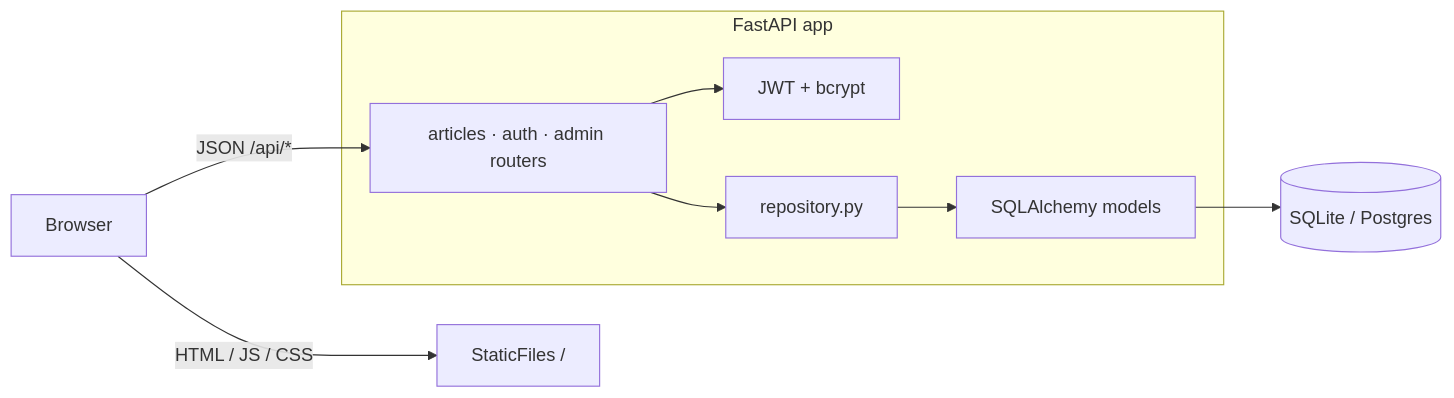
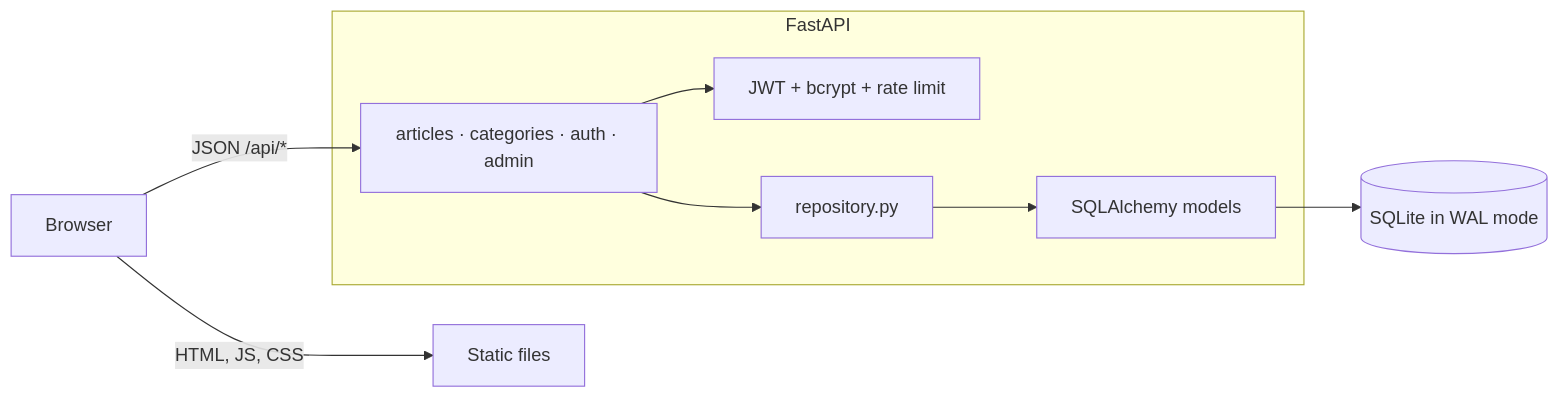
The diagram in README.md (bcpasaoglu/Psikopedi-blog), drawn with Mermaid before and after one commit. The commit also changed other lines of this file and 1 other file, not shown here.

````diff
--- a/README.md
+++ b/README.md
@@ -50,11 +48,11 @@
 ```mermaid
 flowchart LR
-    Browser -- "HTML / JS / CSS" --> Static[StaticFiles /]
+    Browser -- "HTML, JS, CSS" --> Static[Static files]
     Browser -- "JSON /api/*" --> Routers
-    subgraph FastAPI app
-        Routers[articles · auth · admin routers] --> Security[JWT + bcrypt]
+    subgraph FastAPI
+        Routers[articles · categories · auth · admin] --> Security[JWT + bcrypt + rate limit]
         Routers --> Repo[repository.py]
         Repo --> ORM[SQLAlchemy models]
     end
-    ORM --> DB[(SQLite / Postgres)]
+    ORM --> DB[(SQLite in WAL mode)]
 ```
````
